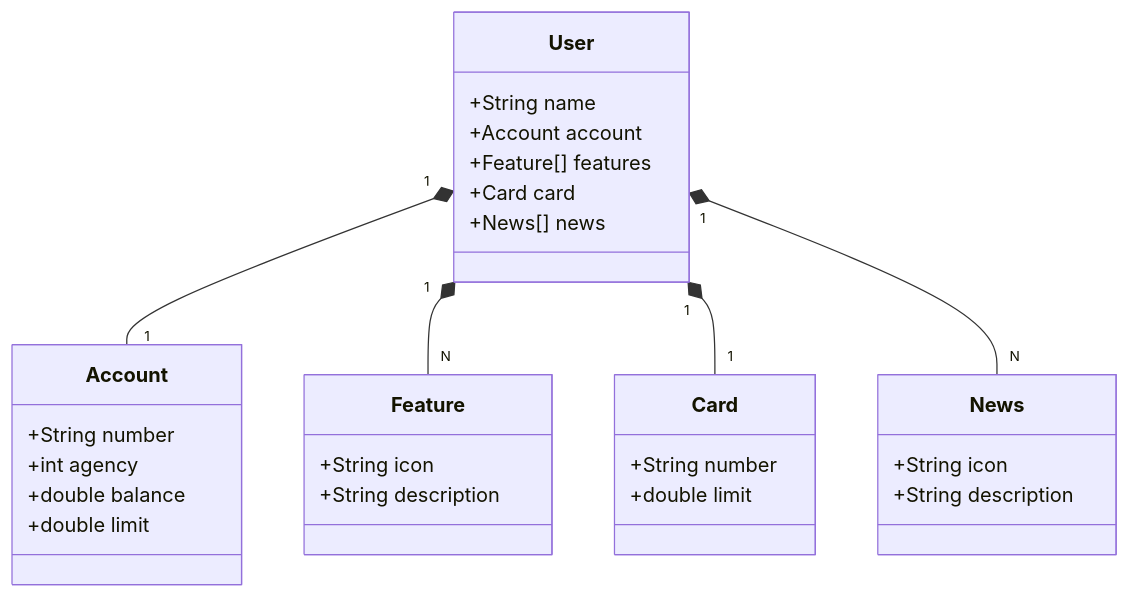
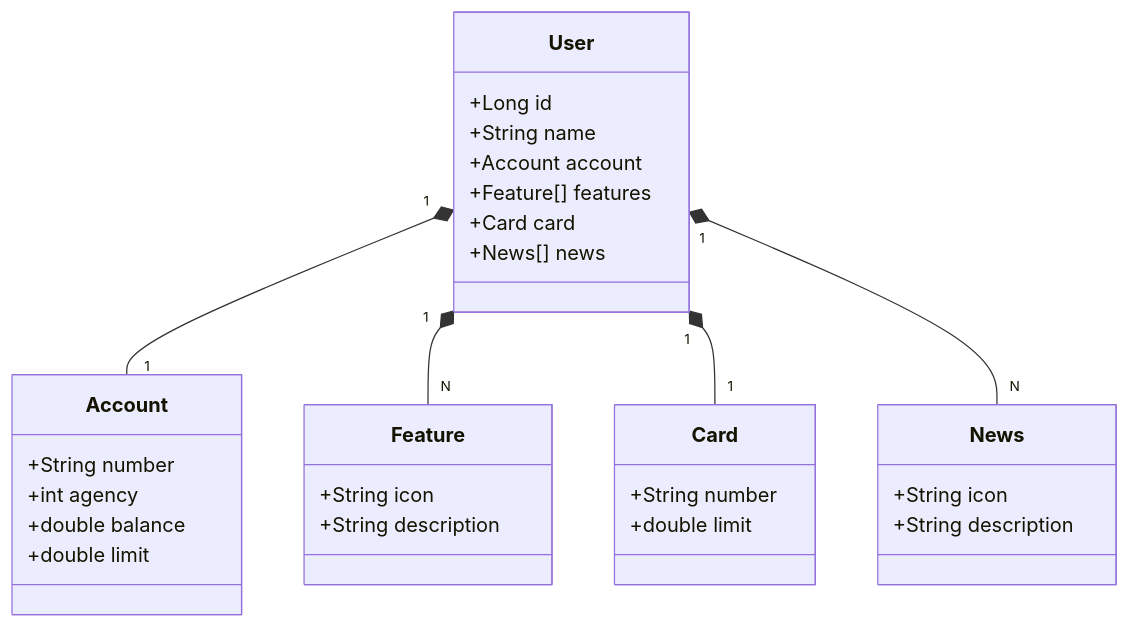
Before and after one commit to angelosuporte/contexto-bancario: the diagram in README.md, drawn with Mermaid.

````diff
--- a/README.md
+++ b/README.md
@@ -5,37 +5,38 @@
 ```mermaid
 classDiagram
     class User {
+        +Long id
         +String name
         +Account account
         +Feature[] features
         +Card card
         +News[] news
     }
 
     class Account {
         +String number
         +int agency
         +double balance
         +double limit
     }
 
     class Feature {
         +String icon
         +String description
     }
 
     class Card {
         +String number
         +double limit
     }
 
     class News {
         +String icon
         +String description
     }
 
     User "1" * --  "1" Account 
     User "1" * -- "N" Feature
     User "1" * -- "1" Card 
     User "1" * -- "N" News
 ```
````
